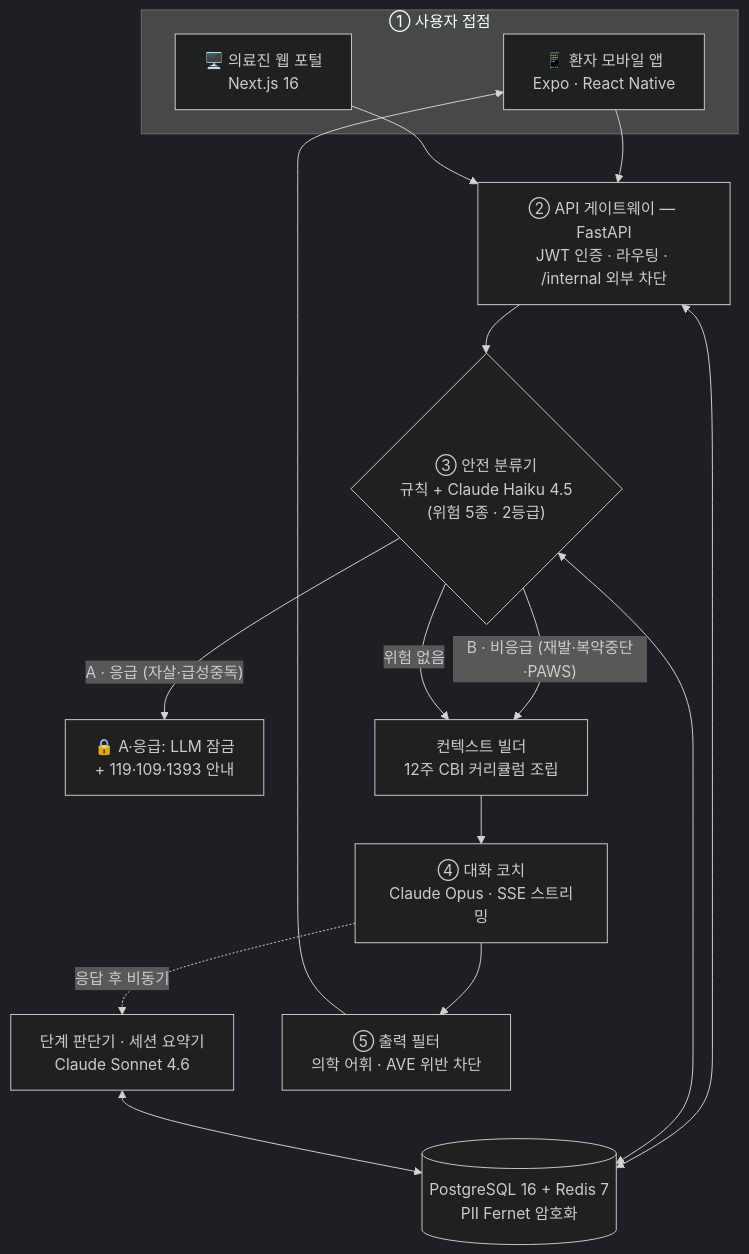
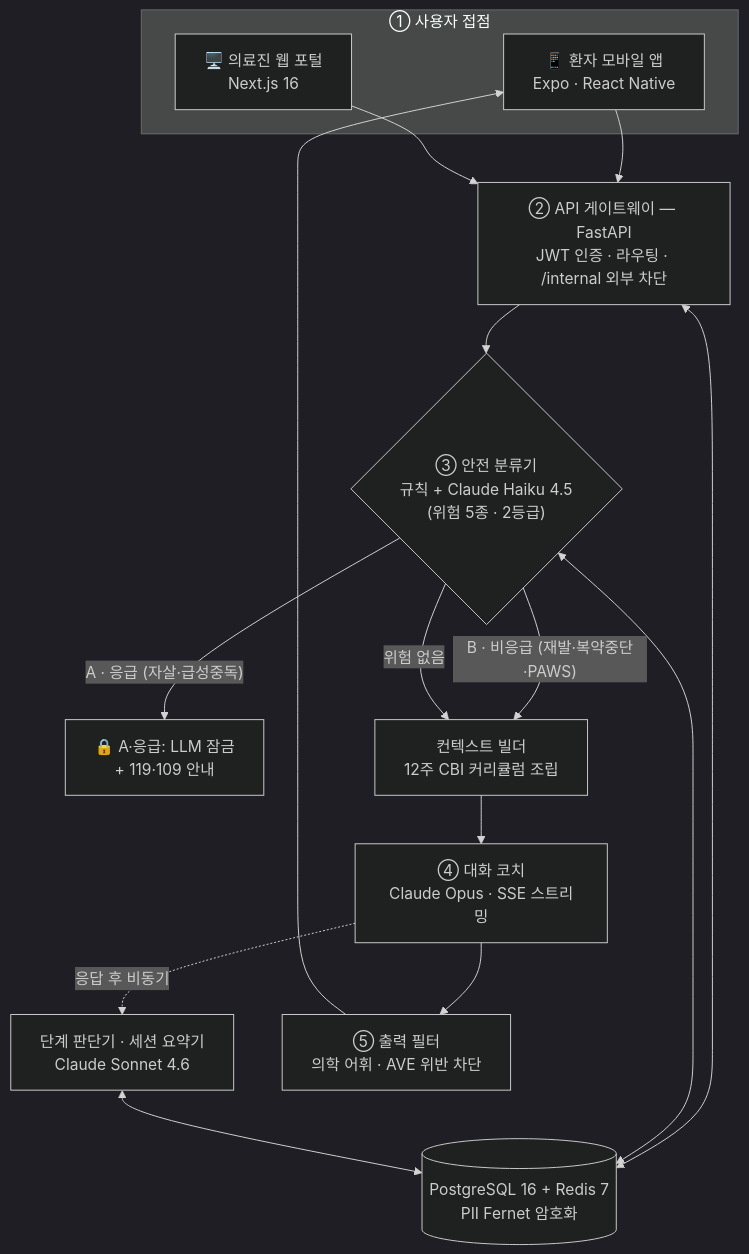
The diagram in README.md (KNU-Pentastic/aud-cbt), drawn with Mermaid (dark theme) before and after one commit. The commit also changed other lines of this file and 1 other file, not shown here.

````diff
--- a/README.md
+++ b/README.md
@@ -64,27 +64,27 @@
 ```mermaid
 flowchart TB
   subgraph L1["① 사용자 접점"]
     PA["📱 환자 모바일 앱<br/>Expo · React Native"]
     PW["🖥️ 의료진 웹 포털<br/>Next.js 16"]
   end
   GW["② API 게이트웨이 — FastAPI<br/>JWT 인증 · 라우팅 · /internal 외부 차단"]
   SC{"③ 안전 분류기<br/>규칙 + Claude Haiku 4.5<br/>(위험 5종 · 2등급)"}
-  LOCK["🔒 A·응급: LLM 잠금<br/>+ 119·109·1393 안내"]
+  LOCK["🔒 A·응급: LLM 잠금<br/>+ 119·109 안내"]
   CTX["컨텍스트 빌더<br/>12주 CBI 커리큘럼 조립"]
   COACH["④ 대화 코치<br/>Claude Opus · SSE 스트리밍"]
   AUX["단계 판단기 · 세션 요약기<br/>Claude Sonnet 4.6"]
   OF["⑤ 출력 필터<br/>의학 어휘 · AVE 위반 차단"]
   DB[("PostgreSQL 16 + Redis 7<br/>PII Fernet 암호화")]
 
   PA --> GW
   PW --> GW
   GW --> SC
   SC -->|"A · 응급 (자살·급성중독)"| LOCK
   SC -->|"B · 비응급 (재발·복약중단·PAWS)"| CTX
   SC -->|"위험 없음"| CTX
   CTX --> COACH --> OF --> PA
   COACH -.응답 후 비동기.-> AUX
   GW <--> DB
   SC <--> DB
   AUX <--> DB
 ```
````
